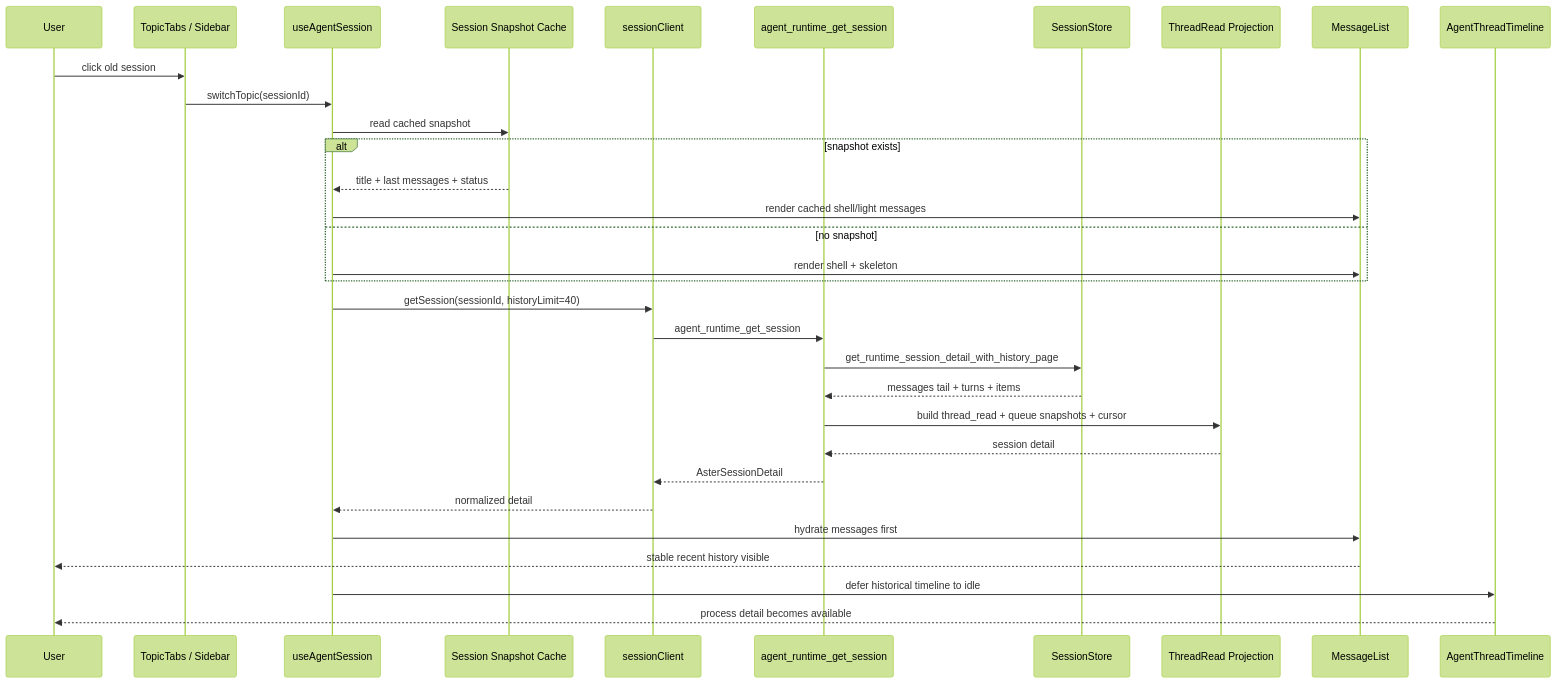
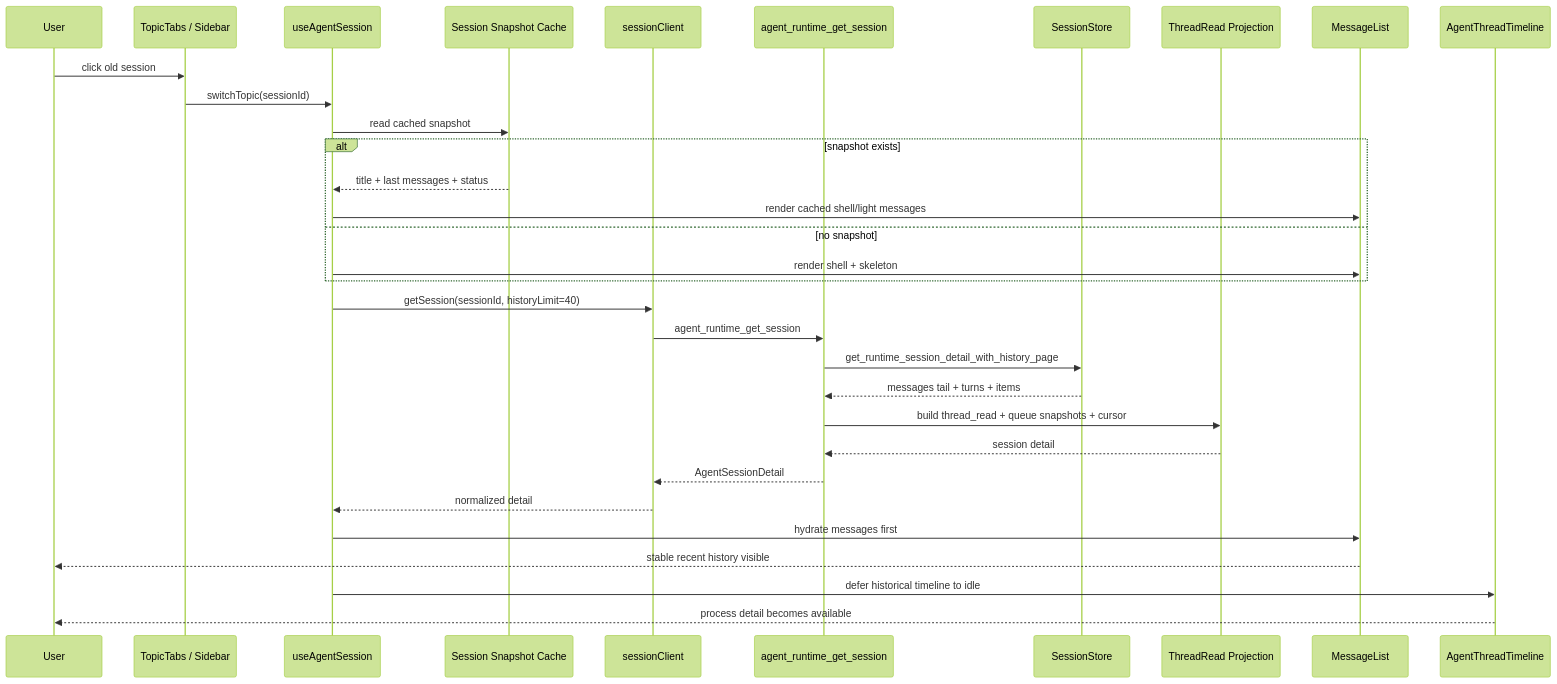
The second of 8 diagrams in internal/roadmap/agentui/lime-agentui-sequence-diagrams.md (jiujuan/lime), drawn with Mermaid (forest theme) before and after one commit. The commit also changed other lines of this file and 975 other files, not shown here.

````diff
--- a/internal/roadmap/agentui/lime-agentui-sequence-diagrams.md
+++ b/internal/roadmap/agentui/lime-agentui-sequence-diagrams.md
@@ -58,35 +58,35 @@
 ```mermaid
 sequenceDiagram
   participant U as User
   participant Tabs as TopicTabs / Sidebar
   participant Hook as useAgentSession
   participant Cache as Session Snapshot Cache
   participant API as sessionClient
   participant Cmd as agent_runtime_get_session
   participant Store as SessionStore
   participant Projection as ThreadRead Projection
   participant ML as MessageList
   participant Timeline as AgentThreadTimeline
 
   U->>Tabs: click old session
   Tabs->>Hook: switchTopic(sessionId)
   Hook->>Cache: read cached snapshot
   alt snapshot exists
     Cache-->>Hook: title + last messages + status
     Hook->>ML: render cached shell/light messages
   else no snapshot
     Hook->>ML: render shell + skeleton
   end
   Hook->>API: getSession(sessionId, historyLimit=40)
   API->>Cmd: agent_runtime_get_session
   Cmd->>Store: get_runtime_session_detail_with_history_page
   Store-->>Cmd: messages tail + turns + items
   Cmd->>Projection: build thread_read + queue snapshots + cursor
   Projection-->>Cmd: session detail
-  Cmd-->>API: AsterSessionDetail
+  Cmd-->>API: AgentSessionDetail
   API-->>Hook: normalized detail
   Hook->>ML: hydrate messages first
   ML-->>U: stable recent history visible
   Hook->>Timeline: defer historical timeline to idle
   Timeline-->>U: process detail becomes available
 ```
````
